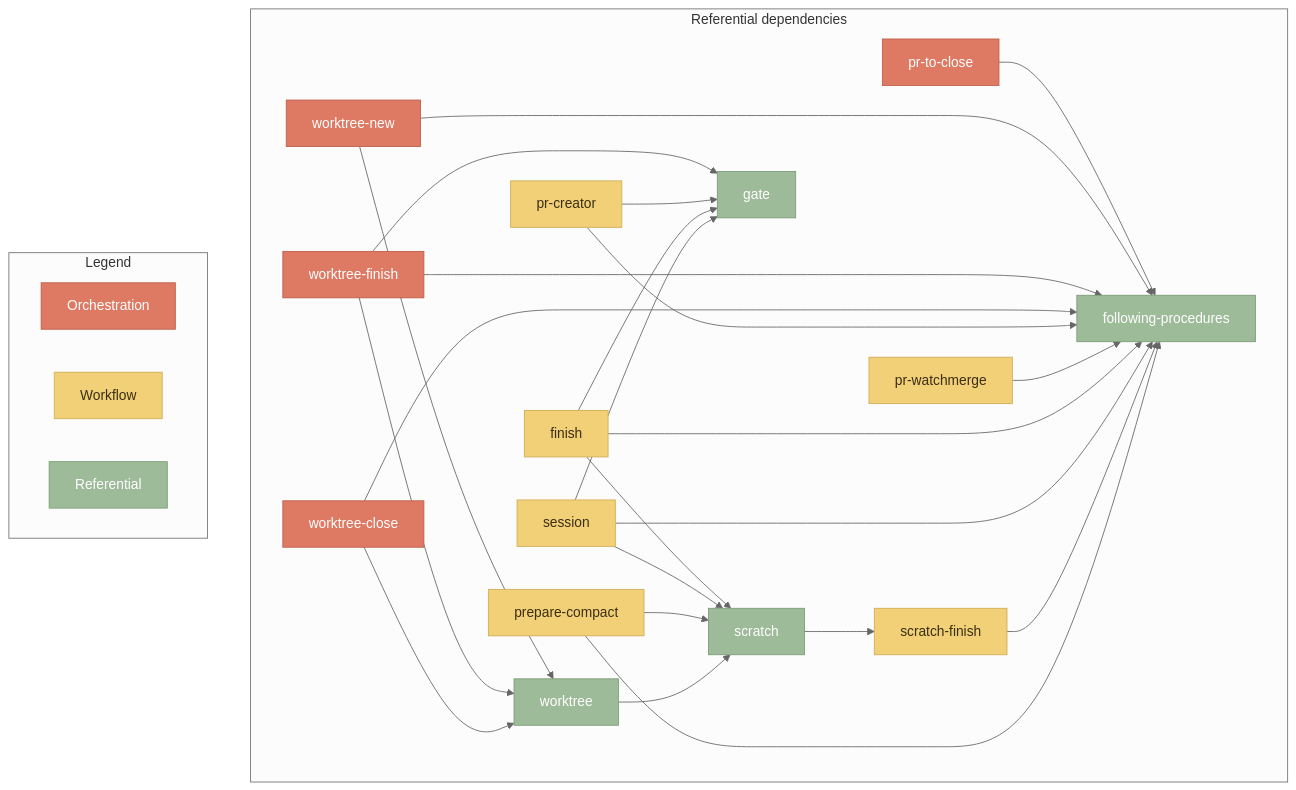
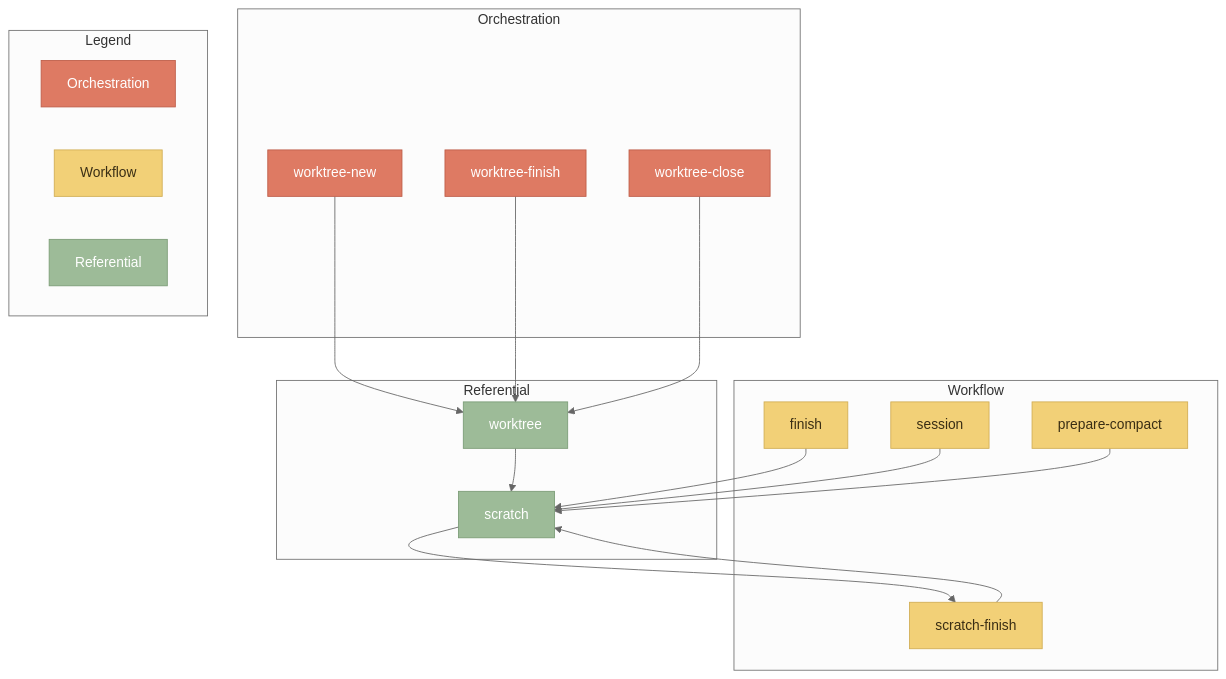
The diagram in docs/diagrams/skill-relations-referential.mmd (FAZuH/agent), drawn with Mermaid before and after one commit. The commit also changed 7 other files, not shown here.

Commit message:
docs: update skill diagrams [no ci]

```diff
--- a/docs/diagrams/skill-relations-referential.mmd
+++ b/docs/diagrams/skill-relations-referential.mmd
@@ -1,64 +1,50 @@
 ---
 config:
   theme: 'neutral'
 ---
 flowchart TD
-    subgraph refdeps["Referential dependencies"]
-        direction LR
-        following_procedures["following-procedures"]
-        scratch["scratch"]
-        worktree["worktree"]
-        gate["gate"]
-
-        pr_to_close_r["pr-to-close"]
+    subgraph loaders_orch["Orchestration"]
         worktree_new_r["worktree-new"]
         worktree_finish_r["worktree-finish"]
         worktree_close_r["worktree-close"]
-        pr_creator_r["pr-creator"]
-        pr_watchmerge_r["pr-watchmerge"]
+    end
+    subgraph loaders_workflow["Workflow"]
         finish_r["finish"]
         session_r["session"]
+        prepare_compact_r["prepare-compact"]
         scratch_finish_r["scratch-finish"]
-        prepare_compact_r["prepare-compact"]
+    end
+    subgraph refdeps["Referential"]
+        scratch["scratch"]
+        worktree["worktree"]
+    end
 
-        pr_to_close_r --> following_procedures
-        worktree_new_r --> following_procedures
-        worktree_finish_r --> following_procedures
-        worktree_close_r --> following_procedures
-        pr_creator_r --> following_procedures
-        pr_watchmerge_r --> following_procedures
-        finish_r --> following_procedures
-        session_r --> following_procedures
-        scratch_finish_r --> following_procedures
-        prepare_compact_r --> following_procedures
+    %% following-procedures (14 loaders) and gate (12 loaders) omitted:
+    %% every procedural skill loads them, so the edges add no signal.
+    %% Full edge list lives in the skill-doctor graph.mmd.
 
-        worktree_new_r --> worktree
-        worktree_finish_r --> worktree
-        worktree_close_r --> worktree
+    worktree_new_r --> worktree
+    worktree_finish_r --> worktree
+    worktree_close_r --> worktree
 
-        finish_r --> scratch
-        session_r --> scratch
-        prepare_compact_r --> scratch
-        worktree --> scratch
-        scratch --> scratch_finish_r
-
-        worktree_finish_r --> gate
-        pr_creator_r --> gate
-        finish_r --> gate
-        session_r --> gate
-    end
+    finish_r --> scratch
+    session_r --> scratch
+    prepare_compact_r --> scratch
+    scratch_finish_r --> scratch
+    worktree --> scratch
+    scratch --> scratch_finish_r
 
     subgraph legend["Legend"]
         direction LR
         L_orch["Orchestration"]
         L_work["Workflow"]
         L_ref["Referential"]
     end
 
     classDef orchestration fill:#DE7A63,stroke:#BE5D48,color:#FFFFFF
     classDef workflow fill:#F2D077,stroke:#D1AD54,color:#3A2E14
     classDef referential fill:#9DBB98,stroke:#7B9C76,color:#FFFFFF
 
-    class L_ref,following_procedures,scratch,worktree,gate referential
-    class L_orch,pr_to_close_r,worktree_new_r,worktree_finish_r,worktree_close_r orchestration
-    class L_work,pr_creator_r,pr_watchmerge_r,finish_r,session_r,scratch_finish_r,prepare_compact_r workflow
+    class L_ref,scratch,worktree referential
+    class L_orch,worktree_new_r,worktree_finish_r,worktree_close_r orchestration
+    class L_work,finish_r,session_r,prepare_compact_r,scratch_finish_r workflow
```
